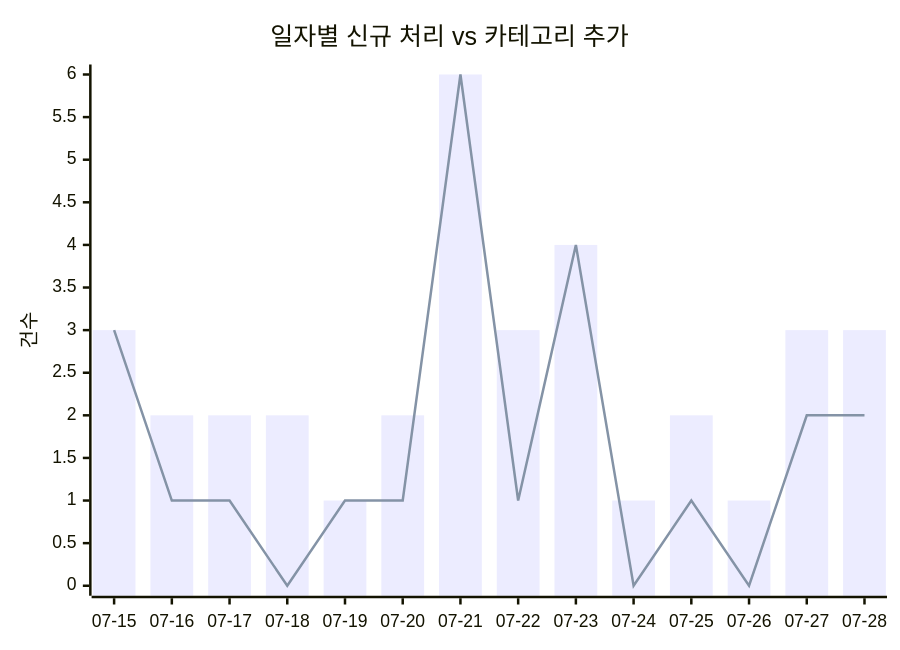
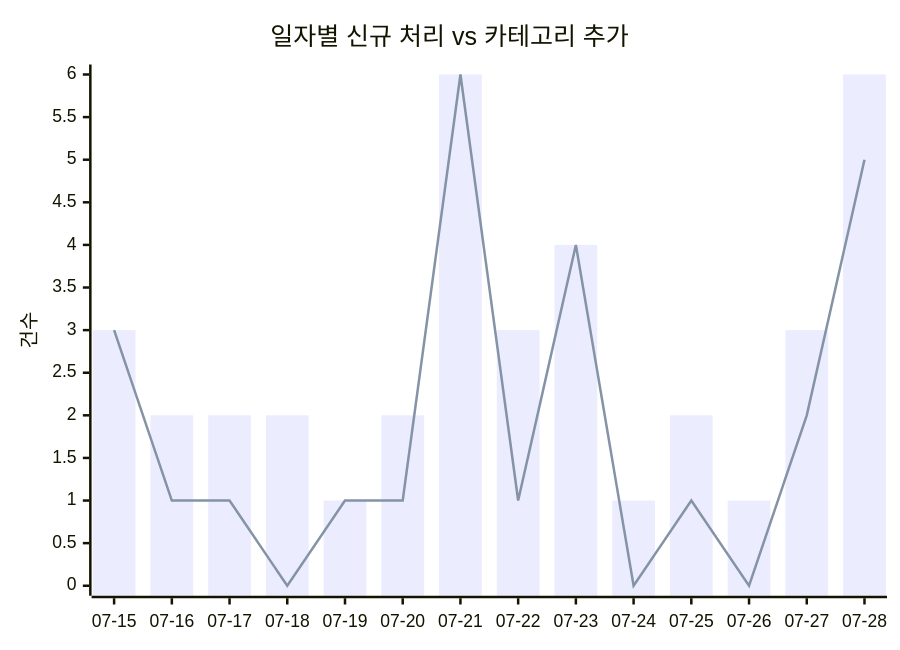
One commit to J-nowcow/awesome-korean-agent-skills changed the first of 2 diagrams in docs/trends.md. Above: the diagram before and after it, drawn with Mermaid. The commit also changed other lines of this file and 6 other files, not shown here.

````diff
--- a/docs/trends.md
+++ b/docs/trends.md
@@ -32,8 +32,8 @@
 ```mermaid
 xychart-beta
     title "일자별 신규 처리 vs 카테고리 추가"
     x-axis ["07-15","07-16","07-17","07-18","07-19","07-20","07-21","07-22","07-23","07-24","07-25","07-26","07-27","07-28"]
     y-axis "건수"
-    bar [3,2,2,2,1,2,6,3,4,1,2,1,3,3]
-    line [3,1,1,0,1,1,6,1,4,0,1,0,2,2]
+    bar [3,2,2,2,1,2,6,3,4,1,2,1,3,6]
+    line [3,1,1,0,1,1,6,1,4,0,1,0,2,5]
 ```
````
